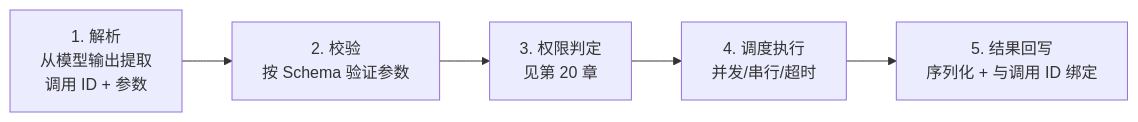
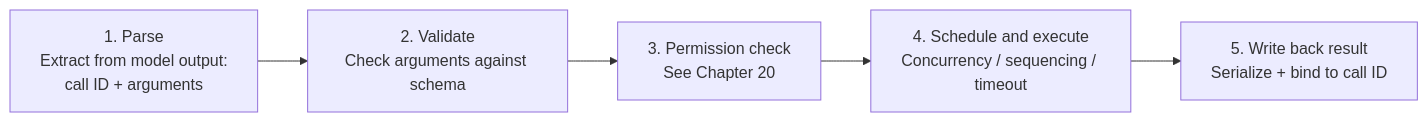
One commit to oneleaveknowsthefall/awesome-ai-roadmap changed the diagram in docs/agent/02-runtime-harness/19-tool-registry-and-execution-pipeline.md. Above: the diagram before and after it, drawn with Mermaid. The commit also changed other lines of this file and 68 other files, not shown here.

````diff
--- a/docs/agent/02-runtime-harness/19-tool-registry-and-execution-pipeline.md
+++ b/docs/agent/02-runtime-harness/19-tool-registry-and-execution-pipeline.md
@@ -31,7 +31,7 @@
 ```mermaid
 flowchart LR
-    A["1. 解析<br/>从模型输出提取<br/>调用 ID + 参数"] --> B["2. 校验<br/>按 Schema 验证参数"]
-    B --> C["3. 权限判定<br/>见第 20 章"]
-    C --> D["4. 调度执行<br/>并发/串行/超时"]
-    D --> E["5. 结果回写<br/>序列化 + 与调用 ID 绑定"]
+    A["1. Parse<br/>Extract from model output:<br/>call ID + arguments"] --> B["2. Validate<br/>Check arguments against schema"]
+    B --> C["3. Permission check<br/>See Chapter 20"]
+    C --> D["4. Schedule and execute<br/>Concurrency / sequencing / timeout"]
+    D --> E["5. Write back result<br/>Serialize + bind to call ID"]
 ```
````
